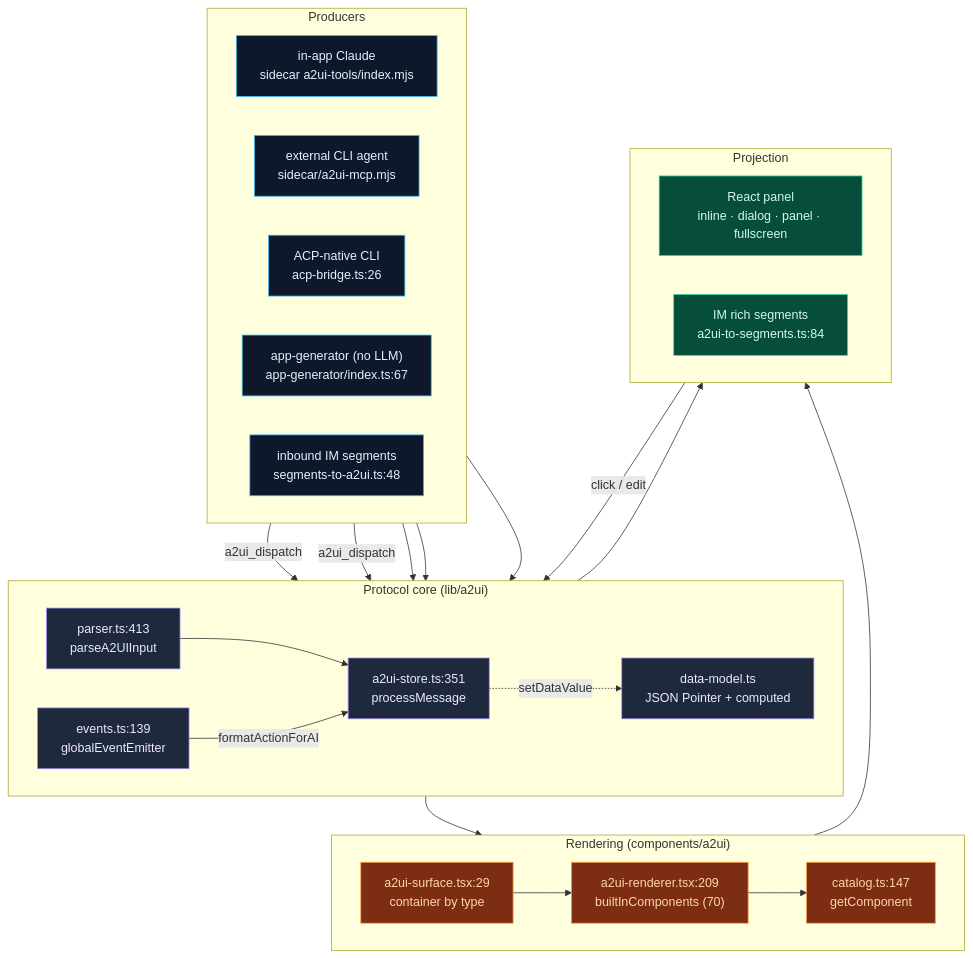
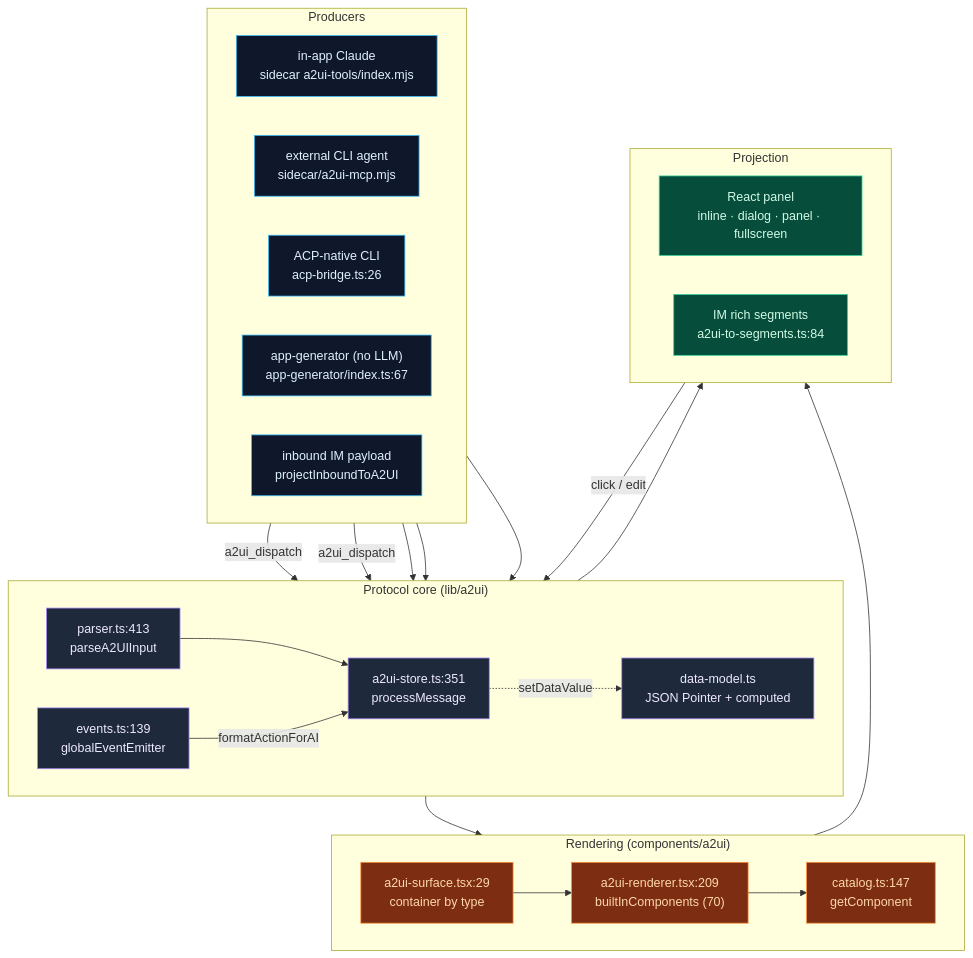
Before and after one commit to MaxQian888/cognia-next: the first of 2 diagrams in docs/content/docs/en/subsystems/a2ui/index.mdx, drawn with Mermaid. The commit also changed 29 other files, not shown here.

````diff
--- a/docs/content/docs/en/subsystems/a2ui/index.mdx
+++ b/docs/content/docs/en/subsystems/a2ui/index.mdx
@@ -57,54 +57,54 @@
 ```mermaid
 flowchart TB
   subgraph SRC["Producers"]
     direction LR
     INAPP["in-app Claude<br/>sidecar a2ui-tools/index.mjs"]
     EXT["external CLI agent<br/>sidecar/a2ui-mcp.mjs"]
     ACP["ACP-native CLI<br/>acp-bridge.ts:26"]
     GEN["app-generator (no LLM)<br/>app-generator/index.ts:67"]
-    IMIN["inbound IM segments<br/>segments-to-a2ui.ts:48"]
+    IMIN["inbound IM payload<br/>projectInboundToA2UI"]
   end
 
   subgraph PROTO["Protocol core (lib/a2ui)"]
     direction LR
     PARSE["parser.ts:413<br/>parseA2UIInput"]
     STORE["a2ui-store.ts:351<br/>processMessage"]
     DM["data-model.ts<br/>JSON Pointer + computed"]
     EV["events.ts:139<br/>globalEventEmitter"]
   end
 
   subgraph RENDER["Rendering (components/a2ui)"]
     direction LR
     SURF["a2ui-surface.tsx:29<br/>container by type"]
     REND["a2ui-renderer.tsx:209<br/>builtInComponents (70)"]
     CAT["catalog.ts:147<br/>getComponent"]
   end
 
   subgraph OUT["Projection"]
     direction LR
     PANEL["React panel<br/>inline · dialog · panel · fullscreen"]
     IMOUT["IM rich segments<br/>a2ui-to-segments.ts:84"]
   end
 
   INAPP & EXT -->|"a2ui_dispatch"| STORE
   ACP --> STORE
   GEN --> PARSE
   IMIN --> PARSE
   PARSE --> STORE
   STORE --> SURF
   STORE -.->|"setDataValue"| DM
   SURF --> REND --> CAT
   REND --> PANEL
   PANEL -->|"click / edit"| EV
   EV -->|"formatActionForAI"| STORE
   STORE --> IMOUT
 
   classDef src fill:#0f172a,stroke:#38bdf8,color:#e0f2fe
   classDef proto fill:#1e293b,stroke:#a78bfa,color:#ede9fe
   classDef render fill:#7c2d12,stroke:#fb923c,color:#fed7aa
   classDef out fill:#064e3b,stroke:#34d399,color:#d1fae5
   class INAPP,EXT,ACP,GEN,IMIN src
   class PARSE,STORE,DM,EV proto
   class SURF,REND,CAT render
   class PANEL,IMOUT out
 ```
````
